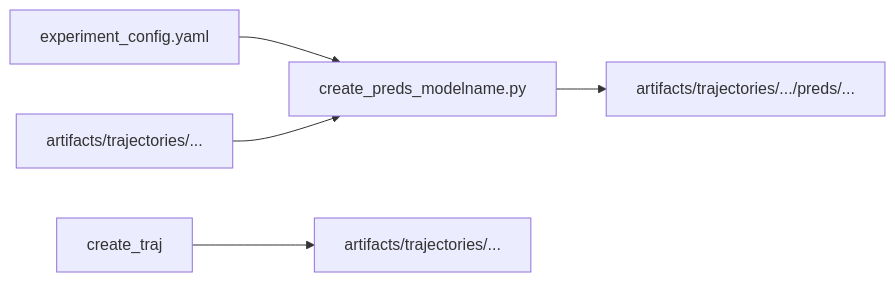
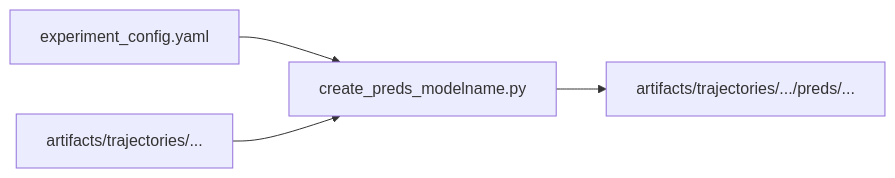
Before and after one commit to MSCA-DN-Digital-Finance/WP3_eXplainable_and_Fair_AI: the second of 2 diagrams in IRP1/Code/ct3_fm/src/prediction/README.md, drawn with Mermaid.

Commit message:
minor fix prediction readme

````diff
--- a/IRP1/Code/ct3_fm/src/prediction/README.md
+++ b/IRP1/Code/ct3_fm/src/prediction/README.md
@@ -21,7 +21,6 @@
 ```mermaid
 graph LR
     exp_conf[experiment_config.yaml] --> create_preds[create_preds_modelname.py]
-    create_traj --> out_root[artifacts/trajectories/...]
     out_gen[artifacts/trajectories/...] --> create_preds
     create_preds --> out_pred[artifacts/trajectories/.../preds/...]
 ```
````
